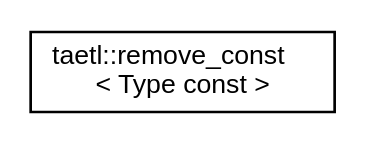
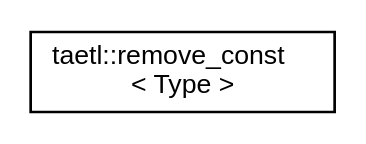
The diagram in inherit_graph_10.dot (tobanteAudio/taetl), drawn with Graphviz before and after one commit. The commit also changed 111 other files, not shown here.

```diff
--- a/inherit_graph_10.dot
+++ b/inherit_graph_10.dot
@@ -1,7 +1,7 @@
 digraph "Graphical Class Hierarchy"
 {
   edge [fontname="Helvetica",fontsize="10",labelfontname="Helvetica",labelfontsize="10"];
   node [fontname="Helvetica",fontsize="10",shape=record];
   rankdir="LR";
-  Node0 [label="taetl::remove_const\l\< Type const \>",height=0.2,width=0.4,color="black", fillcolor="white", style="filled",URL="$structtaetl_1_1remove__const_3_01Type_01const_01_4.html"];
+  Node0 [label="taetl::remove_const\l\< Type \>",height=0.2,width=0.4,color="black", fillcolor="white", style="filled",URL="$structtaetl_1_1remove__const.html"];
 }
```
